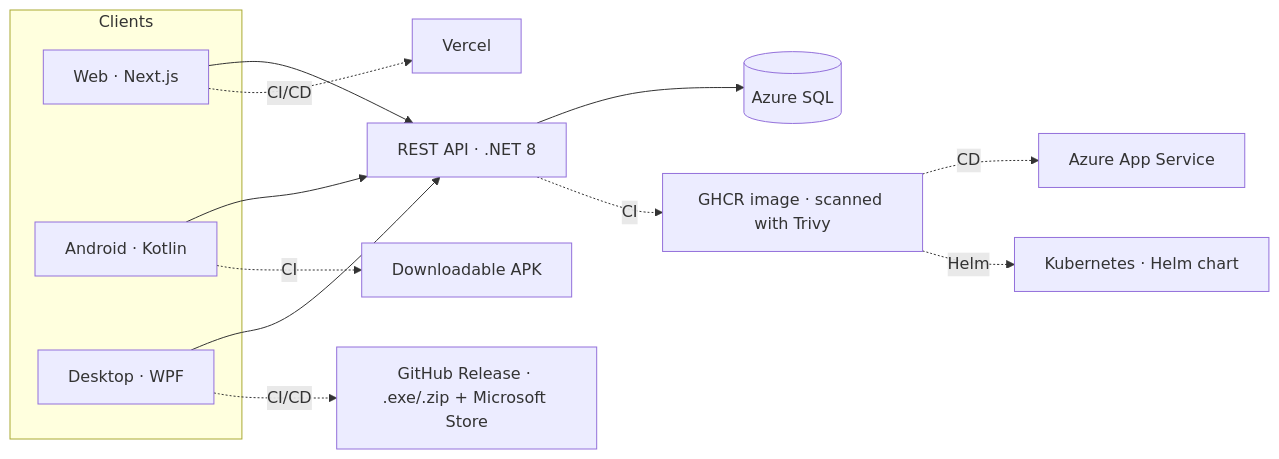
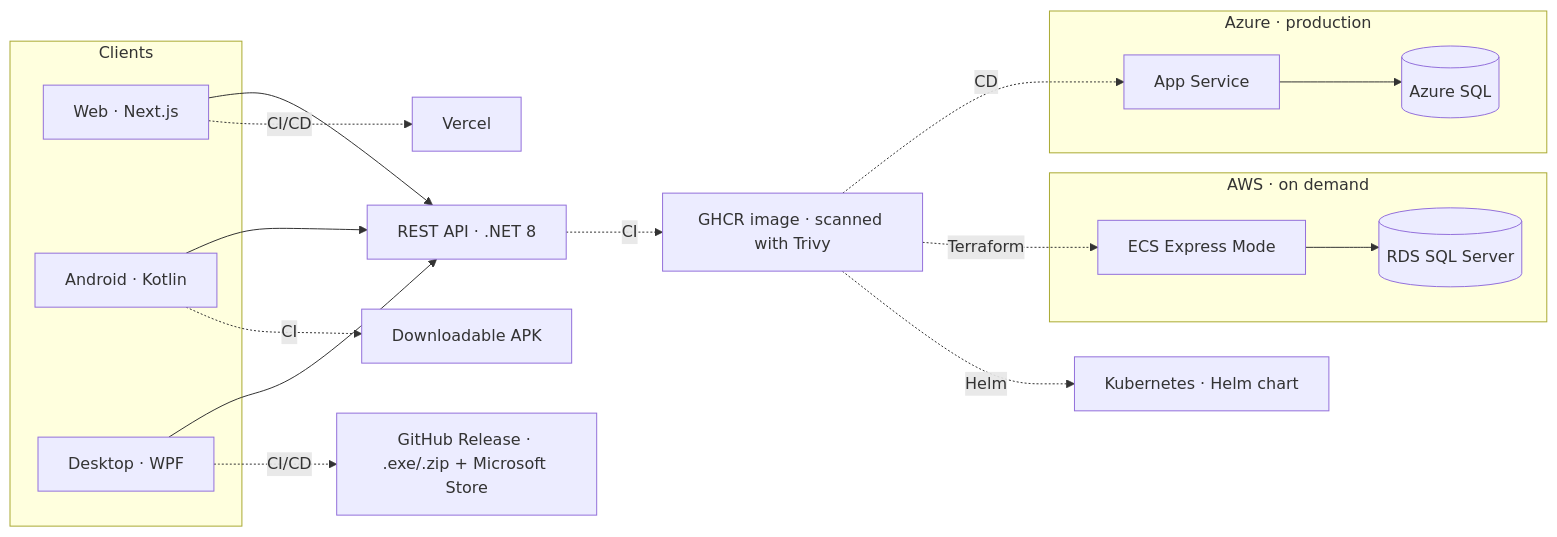
The first of 2 diagrams in README.md (antonicr1986/antonicr1986), drawn with Mermaid before and after one commit. The commit also changed other lines of this file, not shown here.

Commit message:
docs: update profile README with AWS multicloud, ai-project-kit, interactive CV and Jenkins DevSecOps

````diff
--- a/README.md
+++ b/README.md
@@ -49,23 +51,34 @@
 ```mermaid
 flowchart LR
     subgraph Clients
         WEB[Web · Next.js]
         AND[Android · Kotlin]
         DESK[Desktop · WPF]
     end
 
     API[REST API · .NET 8]
-    DB[(Azure SQL)]
+
+    subgraph AZURE[Azure · production]
+        AZ[App Service]
+        DB[(Azure SQL)]
+    end
+
+    subgraph AWSC[AWS · on demand]
+        ECS[ECS Express Mode]
+        RDS[(RDS SQL Server)]
+    end
 
     WEB --> API
     AND --> API
     DESK --> API
-    API --> DB
+    AZ --> DB
+    ECS --> RDS
 
     API -. CI .-> GHCR[GHCR image · scanned with Trivy]
-    GHCR -. CD .-> AZ[Azure App Service]
+    GHCR -. CD .-> AZ
+    GHCR -. Terraform .-> ECS
     WEB -. CI/CD .-> VER[Vercel]
     AND -. CI .-> APK[Downloadable APK]
     DESK -. CI/CD .-> REL[GitHub Release · .exe/.zip + Microsoft Store]
     GHCR -. Helm .-> K8S[Kubernetes · Helm chart]
 ```
````
